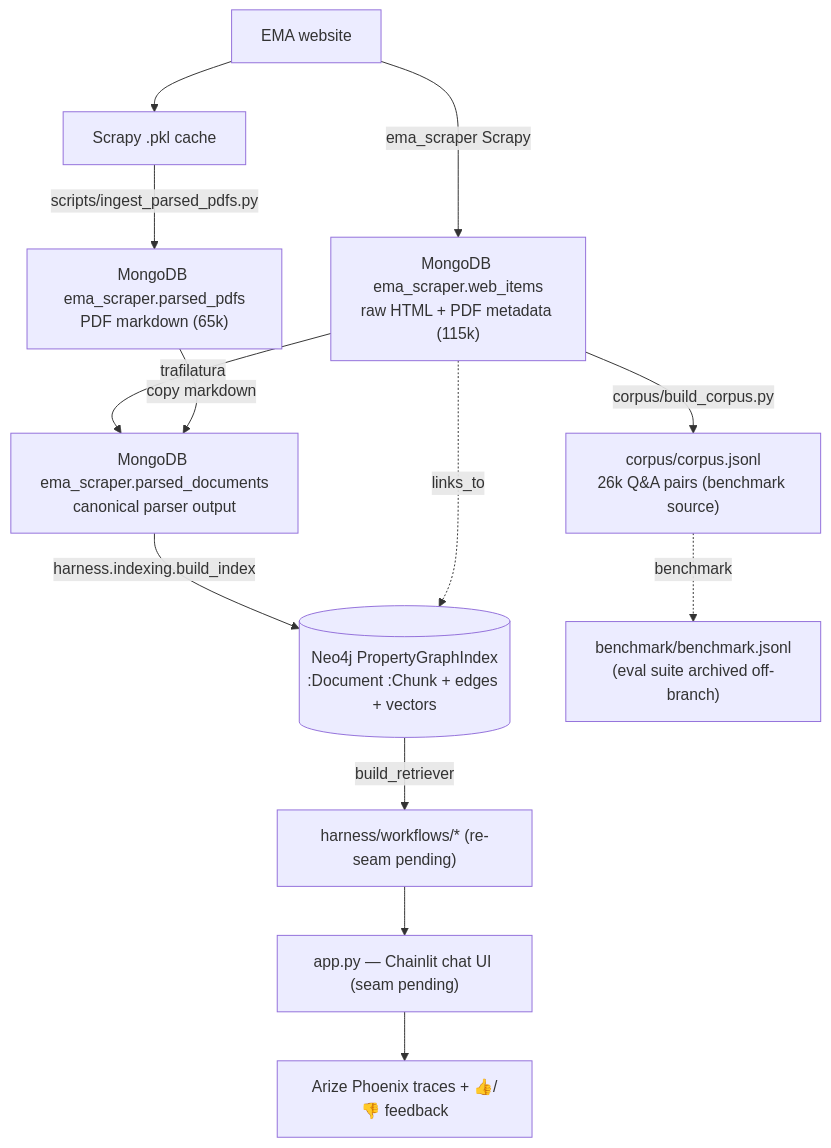
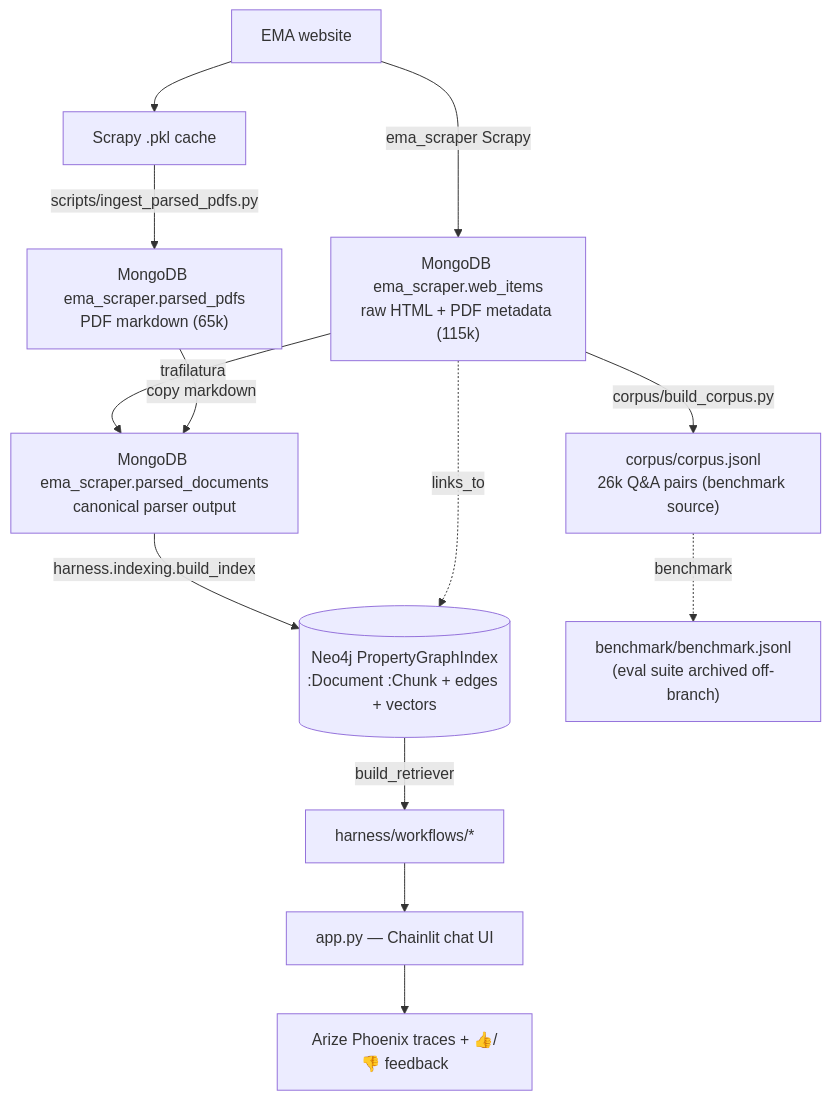
One commit to MoritzImendoerffer/ema_nlp changed the diagram in docs/ARCHITECTURE.md. Above: the diagram before and after it, drawn with Mermaid. The commit also changed other lines of this file and 18 other files, not shown here.

````diff
--- a/docs/ARCHITECTURE.md
+++ b/docs/ARCHITECTURE.md
@@ -17,19 +16,19 @@
 ```mermaid
 flowchart TD
     EMA[EMA website] -->|ema_scraper Scrapy| WI["MongoDB ema_scraper.web_items<br/>raw HTML + PDF metadata (115k)"]
     EMA --> PPK[Scrapy .pkl cache]
     PPK -->|scripts/ingest_parsed_pdfs.py| PP["MongoDB ema_scraper.parsed_pdfs<br/>PDF markdown (65k)"]
 
     WI -->|trafilatura| PD["MongoDB ema_scraper.parsed_documents<br/>canonical parser output"]
     PP -->|copy markdown| PD
 
     WI -->|corpus/build_corpus.py| CJ["corpus/corpus.jsonl<br/>26k Q&A pairs (benchmark source)"]
 
     PD -->|harness.indexing.build_index| NEO[("Neo4j PropertyGraphIndex<br/>:Document :Chunk + edges + vectors")]
     WI -. links_to .-> NEO
 
-    NEO -->|build_retriever| WF["harness/workflows/* (re-seam pending)"]
-    WF --> APP["app.py — Chainlit chat UI (seam pending)"]
+    NEO -->|build_retriever| WF["harness/workflows/*"]
+    WF --> APP["app.py — Chainlit chat UI"]
     APP --> PHX[Arize Phoenix traces + 👍/👎 feedback]
     CJ -.benchmark.-> BM["benchmark/benchmark.jsonl<br/>(eval suite archived off-branch)"]
 ```
````
